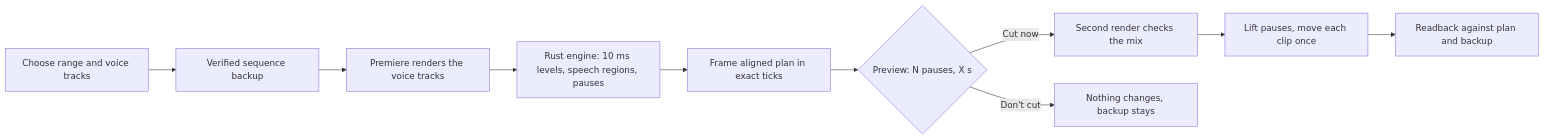
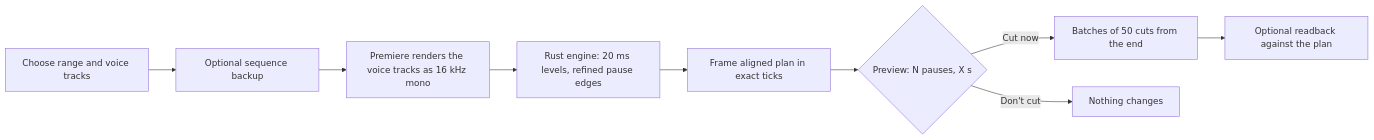
Before and after one commit to nicremo/open-silences: the diagram in README.md, drawn with Mermaid. The commit also changed other lines of this file and 9 other files, not shown here.

First line of the commit message:
feat: render the analysis audio as 16 kHz mono and update the docs

````diff
--- a/README.md
+++ b/README.md
@@ -104,12 +104,11 @@
 ```mermaid
 flowchart LR
-    A[Choose range and voice tracks] --> B[Verified sequence backup]
-    B --> C[Premiere renders the voice tracks]
-    C --> D[Rust engine: 10 ms levels, speech regions, pauses]
+    A[Choose range and voice tracks] --> B[Optional sequence backup]
+    B --> C[Premiere renders the voice tracks as 16 kHz mono]
+    C --> D[Rust engine: 20 ms levels, refined pause edges]
     D --> E[Frame aligned plan in exact ticks]
     E --> F{Preview: N pauses, X s}
-    F -->|Cut now| G[Second render checks the mix]
-    G --> H[Lift pauses, move each clip once]
-    H --> I[Readback against plan and backup]
-    F -->|Don't cut| J[Nothing changes, backup stays]
+    F -->|Cut now| G[Batches of 50 cuts from the end]
+    G --> H[Optional readback against the plan]
+    F -->|Don't cut| J[Nothing changes]
 ```
````
